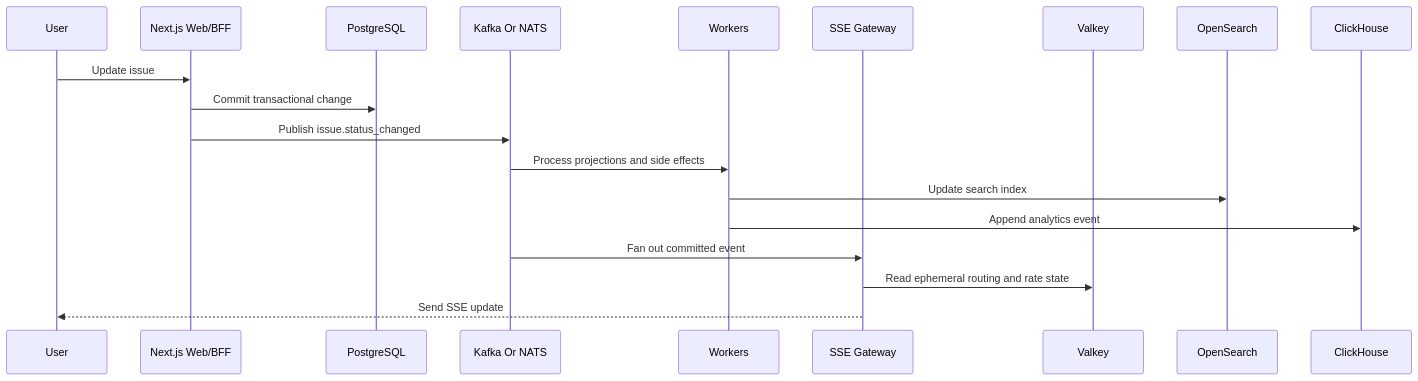
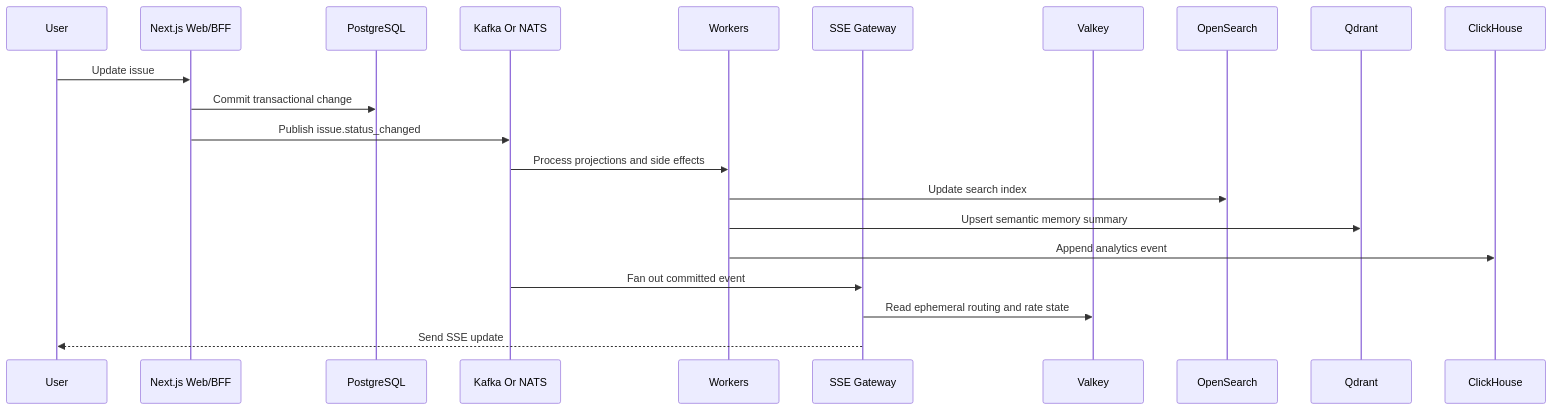
Before and after one commit to Skndan/partha: the second of 2 diagrams in ARCHITECTURE.md, drawn with Mermaid. The commit also changed other lines of this file and 1 other file, not shown here.

First line of the commit message:
feat: enhance architecture and roadmap documentation with Qdrant integration

````diff
--- a/ARCHITECTURE.md
+++ b/ARCHITECTURE.md
@@ -368,22 +397,24 @@
 ```mermaid
 sequenceDiagram
   participant User
   participant WebBff as Next.js Web/BFF
   participant Db as PostgreSQL
   participant Bus as Kafka Or NATS
   participant Worker as Workers
   participant Gateway as SSE Gateway
   participant Valkey
   participant Search as OpenSearch
+  participant Semantic as Qdrant
   participant Analytics as ClickHouse
 
   User->>WebBff: Update issue
   WebBff->>Db: Commit transactional change
   WebBff->>Bus: Publish issue.status_changed
   Bus->>Worker: Process projections and side effects
   Worker->>Search: Update search index
+  Worker->>Semantic: Upsert semantic memory summary
   Worker->>Analytics: Append analytics event
   Bus->>Gateway: Fan out committed event
   Gateway->>Valkey: Read ephemeral routing and rate state
   Gateway-->>User: Send SSE update
 ```
````
